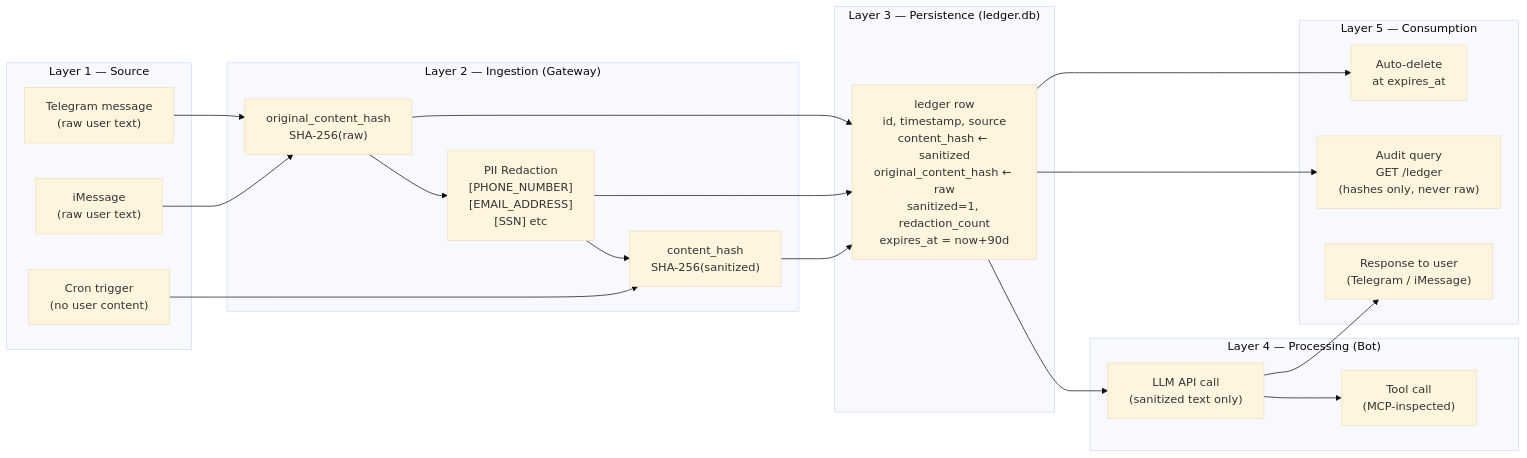
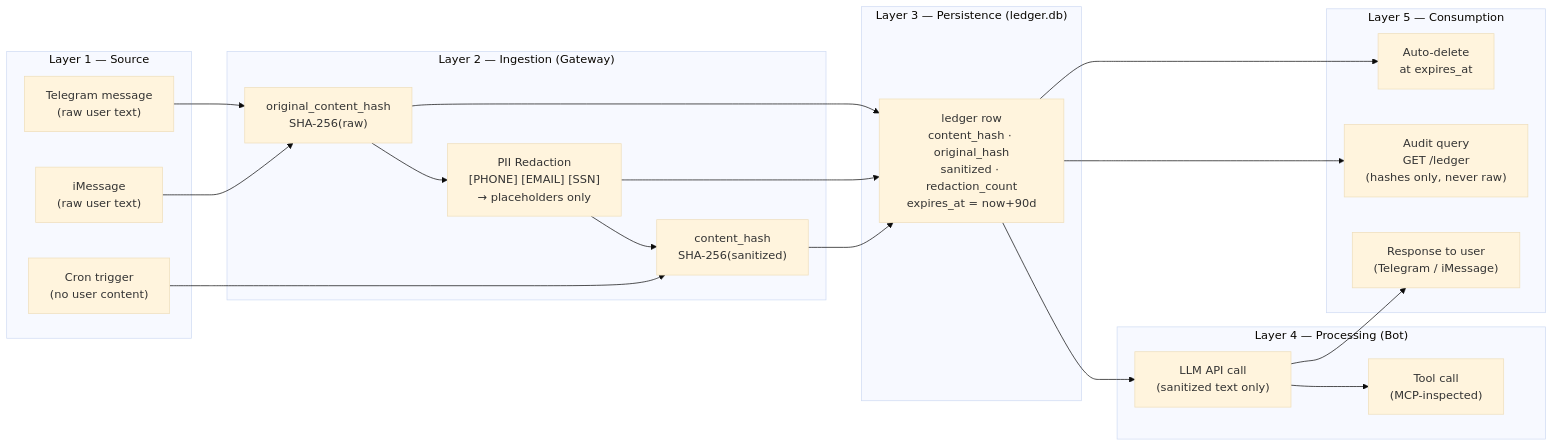
Before and after one commit to idallasjlabs/agentshroud: the third of 4 diagrams in docs/diagrams/03-data.md, drawn with Mermaid (base theme). The commit also changed other lines of this file and 52 other files, not shown here.

First line of the commit message:
docs: polish all 23 diagram sources + re-render with enterprise theme (#45)

````diff
--- a/docs/diagrams/03-data.md
+++ b/docs/diagrams/03-data.md
@@ -125,43 +125,43 @@
 ```mermaid
 flowchart LR
     subgraph L1["Layer 1 — Source"]
         SRC1["Telegram message\n(raw user text)"]
         SRC2["iMessage\n(raw user text)"]
         SRC3["Cron trigger\n(no user content)"]
     end
 
     subgraph L2["Layer 2 — Ingestion (Gateway)"]
         HASH1["original_content_hash\nSHA-256(raw)"]
-        REDACT["PII Redaction\n[PHONE_NUMBER]\n[EMAIL_ADDRESS]\n[SSN] etc"]
+        REDACT["PII Redaction\n[PHONE] [EMAIL] [SSN]\n→ placeholders only"]
         HASH2["content_hash\nSHA-256(sanitized)"]
     end
 
     subgraph L3["Layer 3 — Persistence (ledger.db)"]
-        LEDGER_ROW["ledger row\nid, timestamp, source\ncontent_hash ← sanitized\noriginal_content_hash ← raw\nsanitized=1, redaction_count\nexpires_at = now+90d"]
+        LEDGER_ROW["ledger row\ncontent_hash · original_hash\nsanitized · redaction_count\nexpires_at = now+90d"]
     end
 
     subgraph L4["Layer 4 — Processing (Bot)"]
         LLM["LLM API call\n(sanitized text only)"]
         TOOL["Tool call\n(MCP-inspected)"]
     end
 
     subgraph L5["Layer 5 — Consumption"]
         RESP["Response to user\n(Telegram / iMessage)"]
         AUDIT_VIEW["Audit query\nGET /ledger\n(hashes only, never raw)"]
         RETENTION["Auto-delete\nat expires_at"]
     end
 
     SRC1 --> HASH1
     SRC2 --> HASH1
     SRC3 --> HASH2
     HASH1 --> REDACT
     REDACT --> HASH2
     HASH1 --> LEDGER_ROW
     HASH2 --> LEDGER_ROW
     REDACT --> LEDGER_ROW
     LEDGER_ROW --> LLM
     LLM --> TOOL
     LLM --> RESP
     LEDGER_ROW --> AUDIT_VIEW
     LEDGER_ROW --> RETENTION
 ```
````
